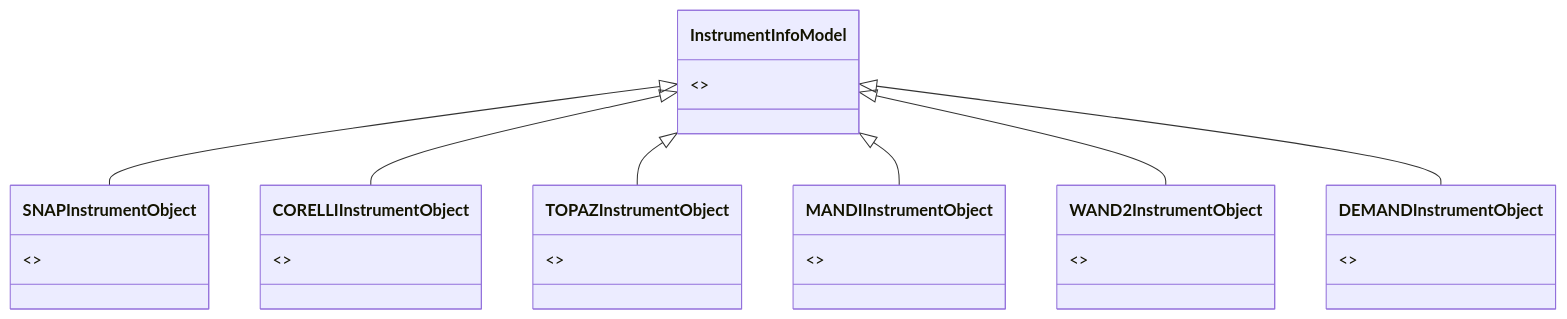
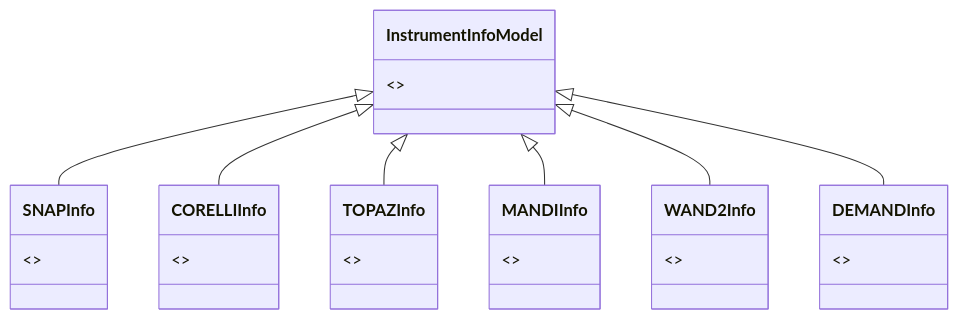
Before and after one commit to neutrons/garnet: the second of 2 diagrams in docs/source/design/instrument.rst, drawn with Mermaid. The commit also changed other lines of this file and 2 other files, not shown here.

Commit message:
design marked as in progress, instrument data configuration added

```diff
--- a/docs/source/design/instrument.rst
+++ b/docs/source/design/instrument.rst
@@ -59,32 +61,32 @@
 .. mermaid::
 
     classDiagram
-        InstrumentInfoModel <|-- SNAPInstrumentObject
-        InstrumentInfoModel <|-- CORELLIInstrumentObject
-        InstrumentInfoModel <|-- TOPAZInstrumentObject
-        InstrumentInfoModel <|-- MANDIInstrumentObject
-        InstrumentInfoModel <|-- WAND2InstrumentObject
-        InstrumentInfoModel <|-- DEMANDInstrumentObject
+        InstrumentInfoModel <|-- SNAPInfo
+        InstrumentInfoModel <|-- CORELLIInfo
+        InstrumentInfoModel <|-- TOPAZInfo
+        InstrumentInfoModel <|-- MANDIInfo
+        InstrumentInfoModel <|-- WAND2Info
+        InstrumentInfoModel <|-- DEMANDInfo
 
         class InstrumentInfoModel{
             <>
         }
 
-        class SNAPInstrumentObject{
+        class SNAPInfo{
             <>
         }
-        class CORELLIInstrumentObject{
+        class CORELLIInfo{
             <>
         }
-        class TOPAZInstrumentObject{
+        class TOPAZInfo{
             <>
         }
-        class MANDIInstrumentObject{
+        class MANDIInfo{
             <>
         }
-        class WAND2InstrumentObject{
+        class WAND2Info{
             <>
         }
-        class DEMANDInstrumentObject{
+        class DEMANDInfo{
             <>
         }
```
